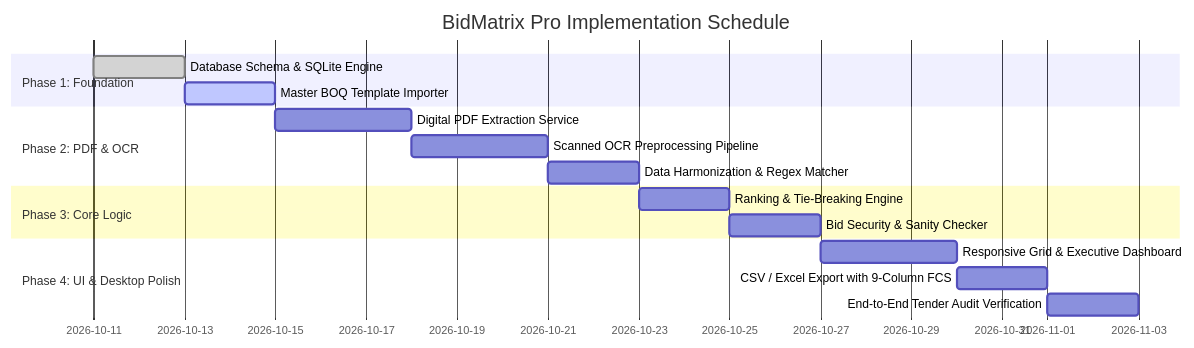
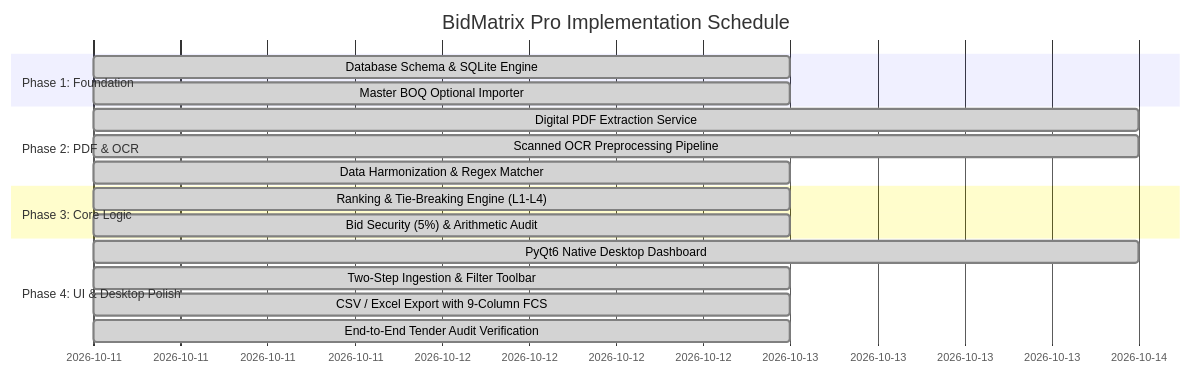
One commit to Muhammad9985/BidMatrix-Pro changed the seventh of 7 diagrams in README.md. Above: the diagram before and after it, drawn with Mermaid. The commit also changed other lines of this file, not shown here.

````diff
--- a/README.md
+++ b/README.md
@@ -373,19 +412,20 @@
 ```mermaid
 gantt
     title BidMatrix Pro Implementation Schedule
     dateFormat  YYYY-MM-DD
     section Phase 1: Foundation
     Database Schema & SQLite Engine       :done,    des1, 2026-10-11, 2d
-    Master BOQ Template Importer           :active,  des2, after des1, 2d
+    Master BOQ Optional Importer           :done,    des2, 2026-10-11, 2d
     section Phase 2: PDF & OCR
-    Digital PDF Extraction Service         :         des3, after des2, 3d
-    Scanned OCR Preprocessing Pipeline     :         des4, after des3, 3d
-    Data Harmonization & Regex Matcher     :         des5, after des4, 2d
+    Digital PDF Extraction Service         :done,    des3, 2026-10-11, 3d
+    Scanned OCR Preprocessing Pipeline     :done,    des4, 2026-10-11, 3d
+    Data Harmonization & Regex Matcher     :done,    des5, 2026-10-11, 2d
     section Phase 3: Core Logic
-    Ranking & Tie-Breaking Engine          :         des6, after des5, 2d
-    Bid Security & Sanity Checker          :         des7, after des6, 2d
+    Ranking & Tie-Breaking Engine (L1-L4)  :done,    des6, 2026-10-11, 2d
+    Bid Security (5%) & Arithmetic Audit   :done,    des7, 2026-10-11, 2d
     section Phase 4: UI & Desktop Polish
-    Responsive Grid & Executive Dashboard  :         des8, after des7, 3d
-    CSV / Excel Export with 9-Column FCS   :         des9, after des8, 2d
-    End-to-End Tender Audit Verification  :         des10, after des9, 2d
+    PyQt6 Native Desktop Dashboard         :done,    des8, 2026-10-11, 3d
+    Two-Step Ingestion & Filter Toolbar    :done,    des9, 2026-10-11, 2d
+    CSV / Excel Export with 9-Column FCS   :done,    des10, 2026-10-11, 2d
+    End-to-End Tender Audit Verification  :done,    des11, 2026-10-11, 2d
 ```
````
